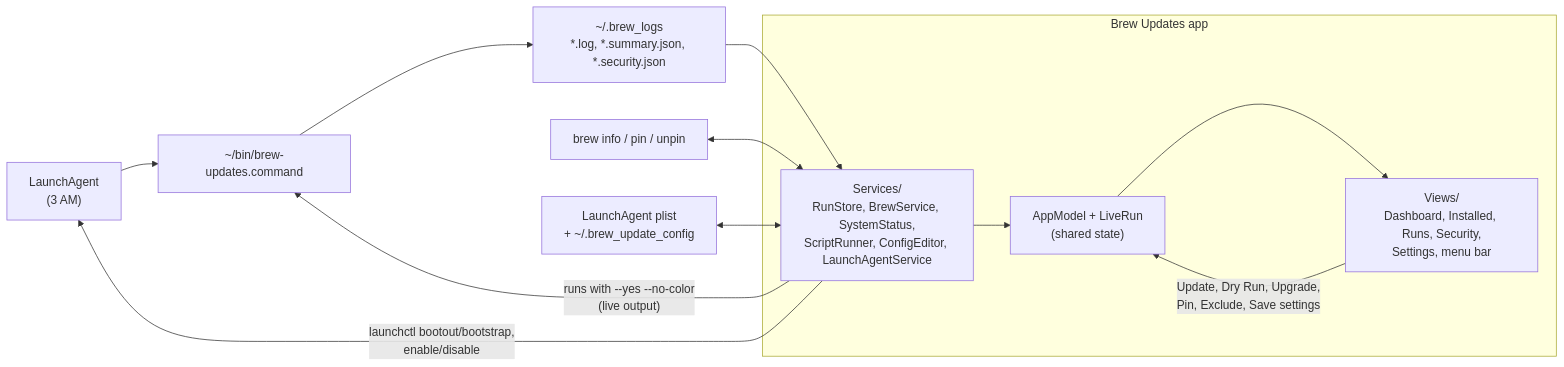
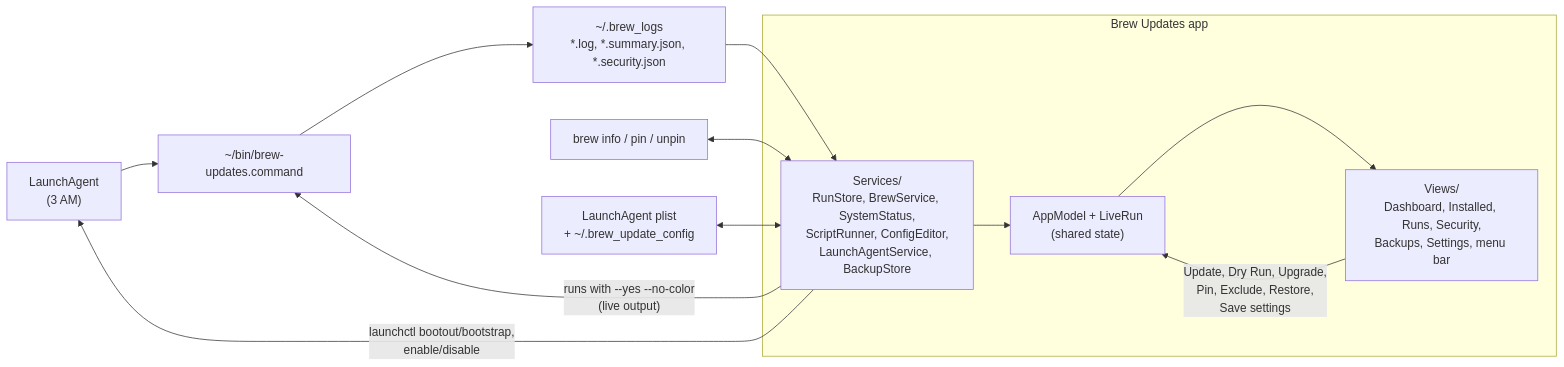
One commit to jxman/homebrew-update-assistant changed the diagram in app/GUIDE.md. Above: the diagram before and after it, drawn with Mermaid. The commit also changed other lines of this file and 23 other files, not shown here.

First line of the commit message:
feat: add menu bar status, backup restore and notification links (phase 4)

````diff
--- a/app/GUIDE.md
+++ b/app/GUIDE.md
@@ -20,15 +20,15 @@
 ```mermaid
 flowchart LR
     agent["LaunchAgent<br/>(3 AM)"] --> script["~/bin/brew-updates.command"]
     script --> logs["~/.brew_logs<br/>*.log, *.summary.json, *.security.json"]
     subgraph app["Brew Updates app"]
-        services["Services/<br/>RunStore, BrewService, SystemStatus,<br/>ScriptRunner, ConfigEditor, LaunchAgentService"] --> model["AppModel + LiveRun<br/>(shared state)"]
-        model --> views["Views/<br/>Dashboard, Installed, Runs, Security,<br/>Settings, menu bar"]
-        views -- "Update, Dry Run, Upgrade,<br/>Pin, Exclude, Save settings" --> model
+        services["Services/<br/>RunStore, BrewService, SystemStatus,<br/>ScriptRunner, ConfigEditor,<br/>LaunchAgentService, BackupStore"] --> model["AppModel + LiveRun<br/>(shared state)"]
+        model --> views["Views/<br/>Dashboard, Installed, Runs, Security,<br/>Backups, Settings, menu bar"]
+        views -- "Update, Dry Run, Upgrade,<br/>Pin, Exclude, Restore,<br/>Save settings" --> model
     end
     logs --> services
     brew["brew info / pin / unpin"] <--> services
     plist["LaunchAgent plist<br/>+ ~/.brew_update_config"] <--> services
     services -- "launchctl bootout/bootstrap,<br/>enable/disable" --> agent
     services -- "runs with --yes --no-color<br/>(live output)" --> script
 ```
````
